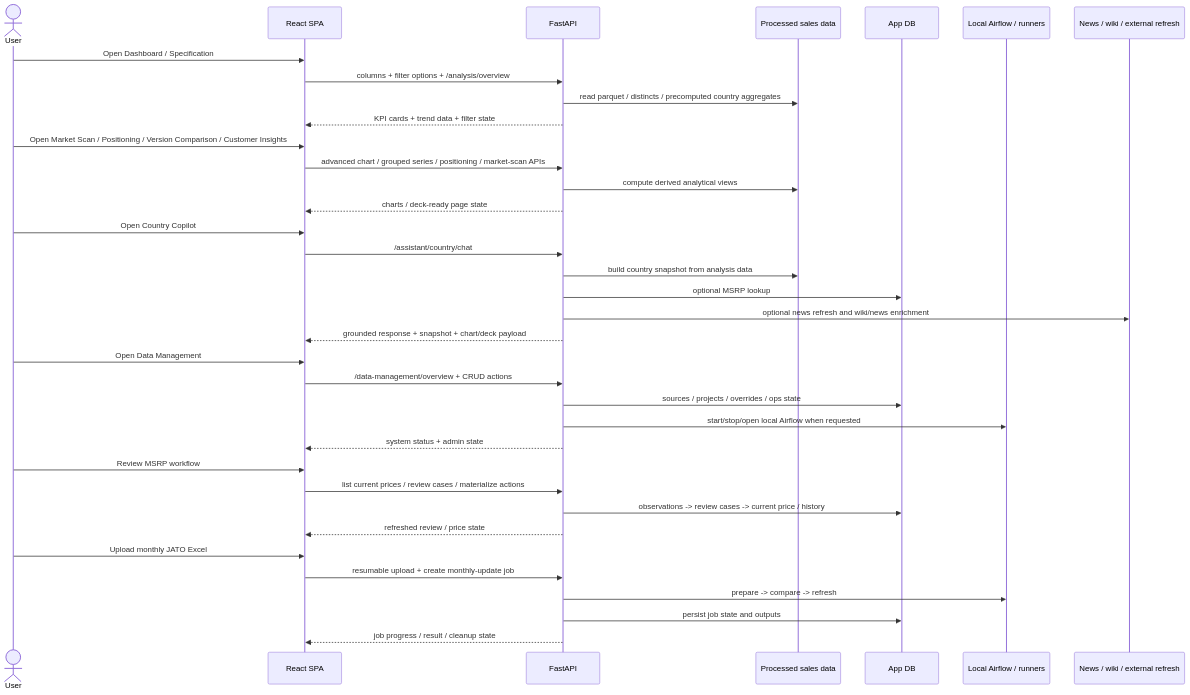
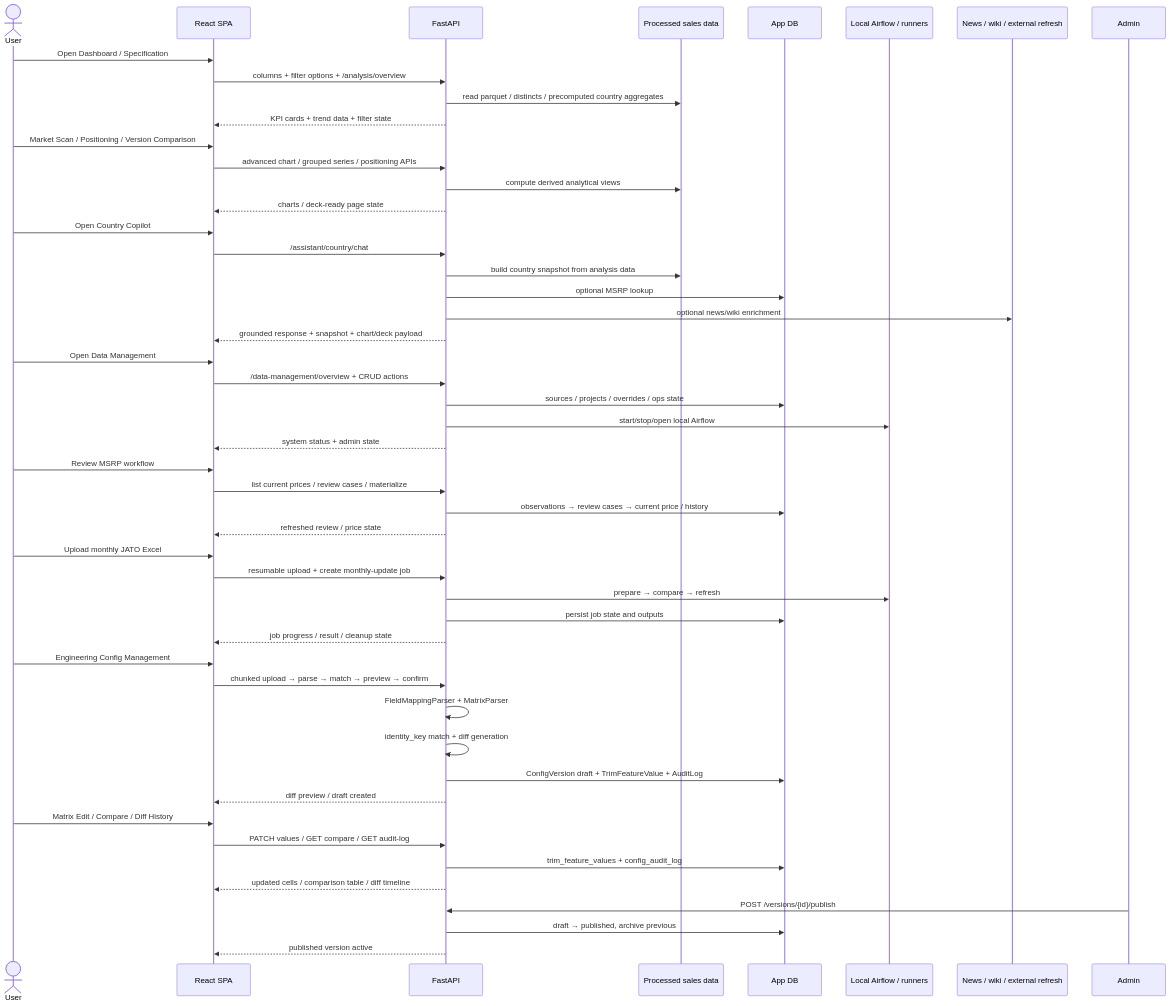
The second of 7 diagrams in Markdown_Readme/Fullstack/WORKFLOWS/REPOSITORY_SYSTEM_WORKFLOW.md (tristan419/JATO_Analysis_System), drawn with Mermaid before and after one commit. The commit also changed other lines of this file and 20 other files, not shown here.

First line of the commit message:
feat: Engineering Configuration Management System — upload, diff, publish

````diff
--- a/Markdown_Readme/Fullstack/WORKFLOWS/REPOSITORY_SYSTEM_WORKFLOW.md
+++ b/Markdown_Readme/Fullstack/WORKFLOWS/REPOSITORY_SYSTEM_WORKFLOW.md
@@ -180,44 +210,60 @@
 ```mermaid
 sequenceDiagram
   actor U as User
   participant FE as React SPA
   participant BE as FastAPI
   participant DS as Processed sales data
   participant DB as App DB
   participant AF as Local Airflow / runners
   participant EXT as News / wiki / external refresh
 
   U->>FE: Open Dashboard / Specification
   FE->>BE: columns + filter options + /analysis/overview
   BE->>DS: read parquet / distincts / precomputed country aggregates
   BE-->>FE: KPI cards + trend data + filter state
 
-  U->>FE: Open Market Scan / Positioning / Version Comparison / Customer Insights
-  FE->>BE: advanced chart / grouped series / positioning / market-scan APIs
+  U->>FE: Market Scan / Positioning / Version Comparison
+  FE->>BE: advanced chart / grouped series / positioning APIs
   BE->>DS: compute derived analytical views
   BE-->>FE: charts / deck-ready page state
 
   U->>FE: Open Country Copilot
   FE->>BE: /assistant/country/chat
   BE->>DS: build country snapshot from analysis data
   BE->>DB: optional MSRP lookup
-  BE->>EXT: optional news refresh and wiki/news enrichment
+  BE->>EXT: optional news/wiki enrichment
   BE-->>FE: grounded response + snapshot + chart/deck payload
 
   U->>FE: Open Data Management
   FE->>BE: /data-management/overview + CRUD actions
   BE->>DB: sources / projects / overrides / ops state
-  BE->>AF: start/stop/open local Airflow when requested
+  BE->>AF: start/stop/open local Airflow
   BE-->>FE: system status + admin state
 
   U->>FE: Review MSRP workflow
-  FE->>BE: list current prices / review cases / materialize actions
-  BE->>DB: observations -> review cases -> current price / history
+  FE->>BE: list current prices / review cases / materialize
+  BE->>DB: observations → review cases → current price / history
   BE-->>FE: refreshed review / price state
 
   U->>FE: Upload monthly JATO Excel
   FE->>BE: resumable upload + create monthly-update job
-  BE->>AF: prepare -> compare -> refresh
+  BE->>AF: prepare → compare → refresh
   BE->>DB: persist job state and outputs
   BE-->>FE: job progress / result / cleanup state
+
+  U->>FE: Engineering Config Management
+  FE->>BE: chunked upload → parse → match → preview → confirm
+  BE->>BE: FieldMappingParser + MatrixParser
+  BE->>BE: identity_key match + diff generation
+  BE->>DB: ConfigVersion draft + TrimFeatureValue + AuditLog
+  BE-->>FE: diff preview / draft created
+
+  U->>FE: Matrix Edit / Compare / Diff History
+  FE->>BE: PATCH values / GET compare / GET audit-log
+  BE->>DB: trim_feature_values + config_audit_log
+  BE-->>FE: updated cells / comparison table / diff timeline
+
+  Admin->>BE: POST /versions/{id}/publish
+  BE->>DB: draft → published, archive previous
+  BE-->>FE: published version active
 ```
````
